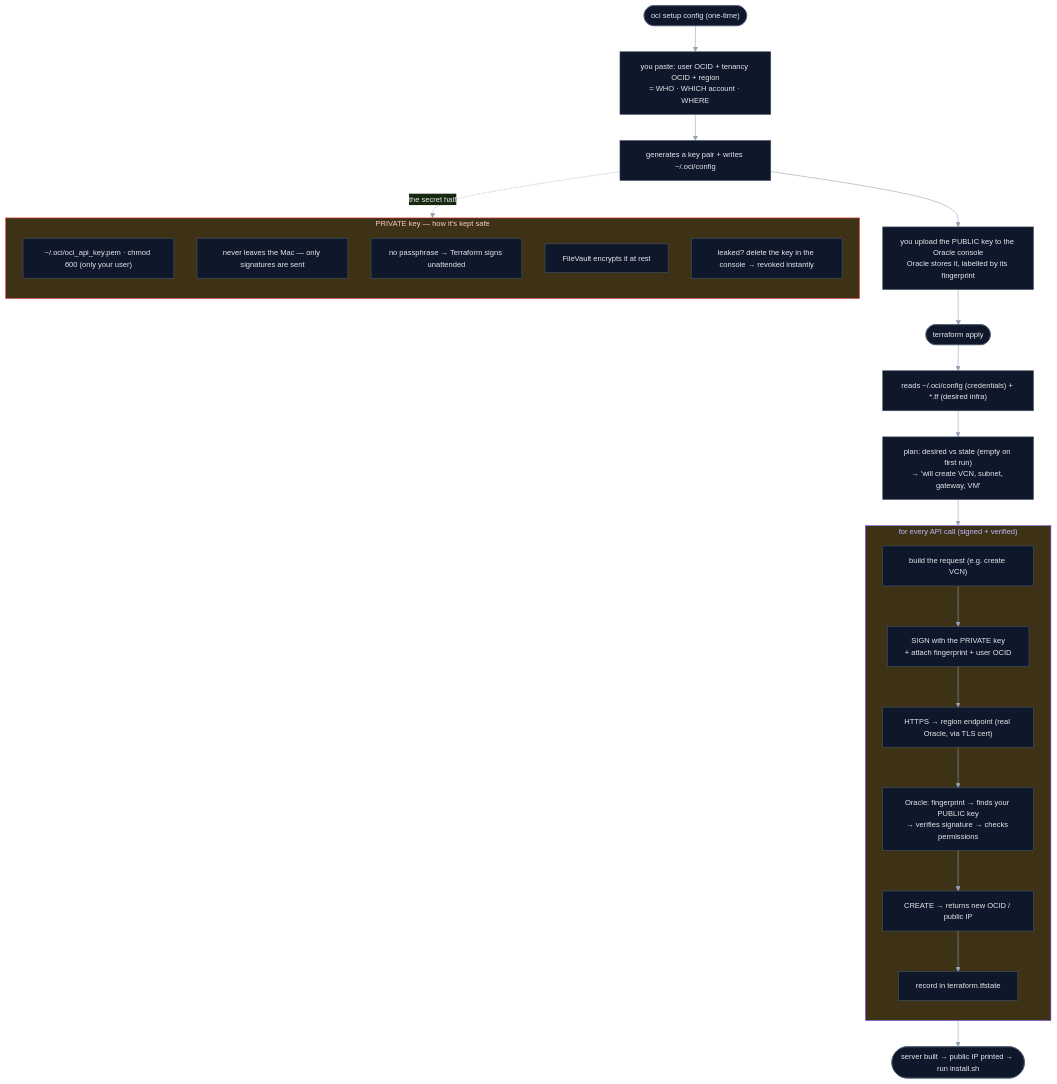
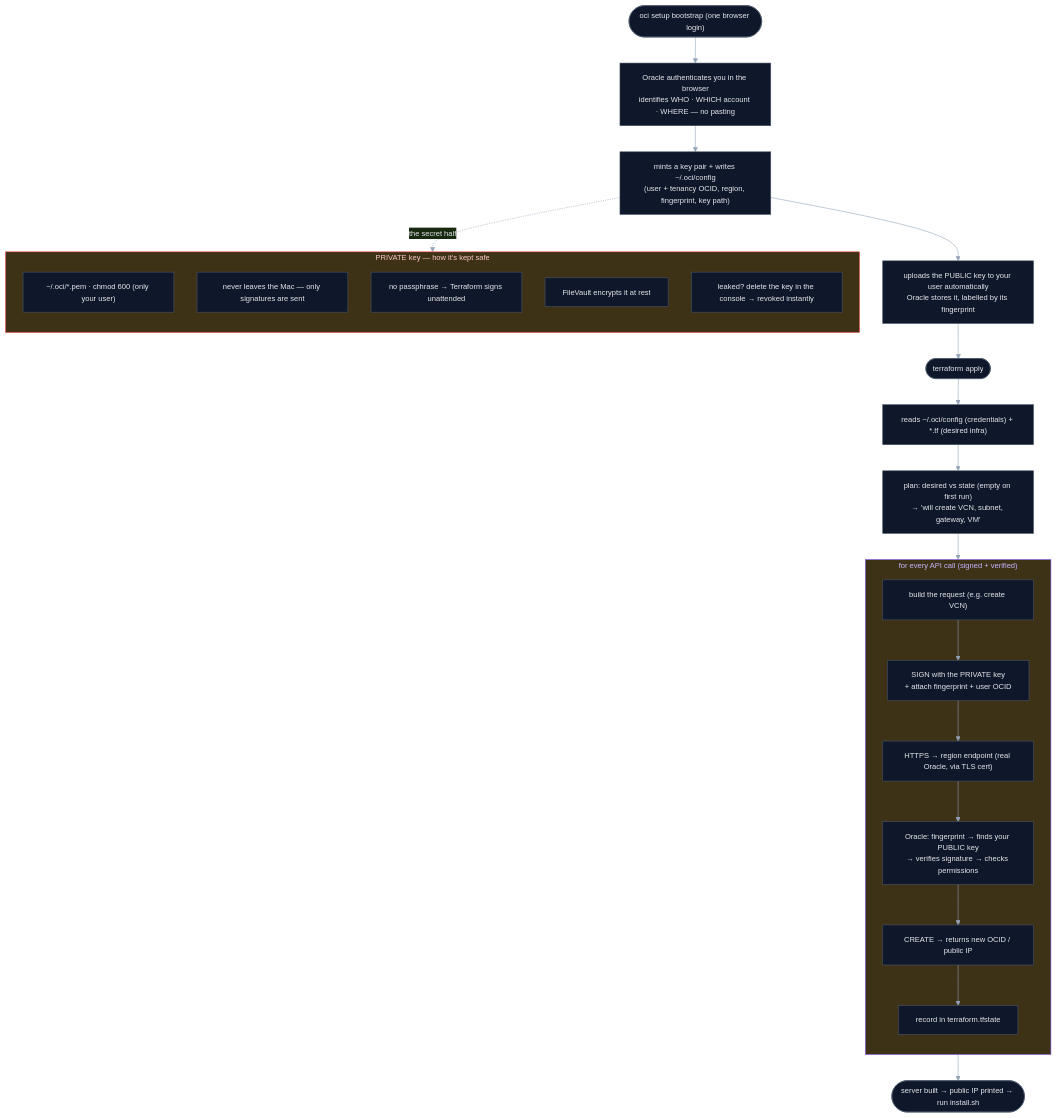
Before and after one commit to codereyinish/ColdVPN: the diagram in server/provision/README.md, drawn with Mermaid. The commit also changed other lines of this file and 8 other files, not shown here.

First line of the commit message:
provision: zero-paste setup via `oci setup bootstrap` + auto hand-off to install.sh

````diff
--- a/server/provision/README.md
+++ b/server/provision/README.md
@@ -64,35 +62,35 @@
 ```mermaid
 %%{init: {'theme':'base','themeVariables':{'primaryColor':'#0f172a','primaryTextColor':'#e5e7eb','primaryBorderColor':'#475569','lineColor':'#94a3b8','fontSize':'13px'},'flowchart':{'nodeSpacing':40,'rankSpacing':45}}}%%
 flowchart TB
-    A(["oci setup config (one-time)"]) --> B["you paste: user OCID + tenancy OCID + region<br/>= WHO · WHICH account · WHERE"]
-    B --> C["generates a key pair + writes ~/.oci/config"]
-    C --> D["you upload the PUBLIC key to the Oracle console<br/>Oracle stores it, labelled by its fingerprint"]
+    A(["oci setup bootstrap (one browser login)"]) --> B["Oracle authenticates you in the browser<br/>identifies WHO · WHICH account · WHERE — no pasting"]
+    B --> C["mints a key pair + writes ~/.oci/config<br/>(user + tenancy OCID, region, fingerprint, key path)"]
+    C --> D["uploads the PUBLIC key to your user automatically<br/>Oracle stores it, labelled by its fingerprint"]
     D --> E(["terraform apply"])
     E --> F["reads ~/.oci/config (credentials) + *.tf (desired infra)"]
     F --> G["plan: desired vs state (empty on first run)<br/>→ 'will create VCN, subnet, gateway, VM'"]
     G --> PERCALL
 
     subgraph PERCALL["for every API call (signed + verified)"]
         direction TB
         p1["build the request (e.g. create VCN)"] --> p2["SIGN with the PRIVATE key<br/>+ attach fingerprint + user OCID"]
         p2 --> p3["HTTPS → region endpoint (real Oracle, via TLS cert)"]
         p3 --> p4["Oracle: fingerprint → finds your PUBLIC key<br/>→ verifies signature → checks permissions"]
         p4 --> p5["CREATE → returns new OCID / public IP"]
         p5 --> p6["record in terraform.tfstate"]
     end
 
     PERCALL --> Z(["server built → public IP printed → run install.sh"])
 
     C -.->|"the secret half"| SEC
     subgraph SEC["PRIVATE key — how it's kept safe"]
         direction TB
-        s1["~/.oci/oci_api_key.pem · chmod 600 (only your user)"]
+        s1["~/.oci/*.pem · chmod 600 (only your user)"]
         s2["never leaves the Mac — only signatures are sent"]
         s3["no passphrase → Terraform signs unattended"]
         s4["FileVault encrypts it at rest"]
         s5["leaked? delete the key in the console → revoked instantly"]
     end
 
     style PERCALL stroke:#8b5cf6,color:#c4b5fd
     style SEC stroke:#ef4444,color:#fecaca
 ```
````
